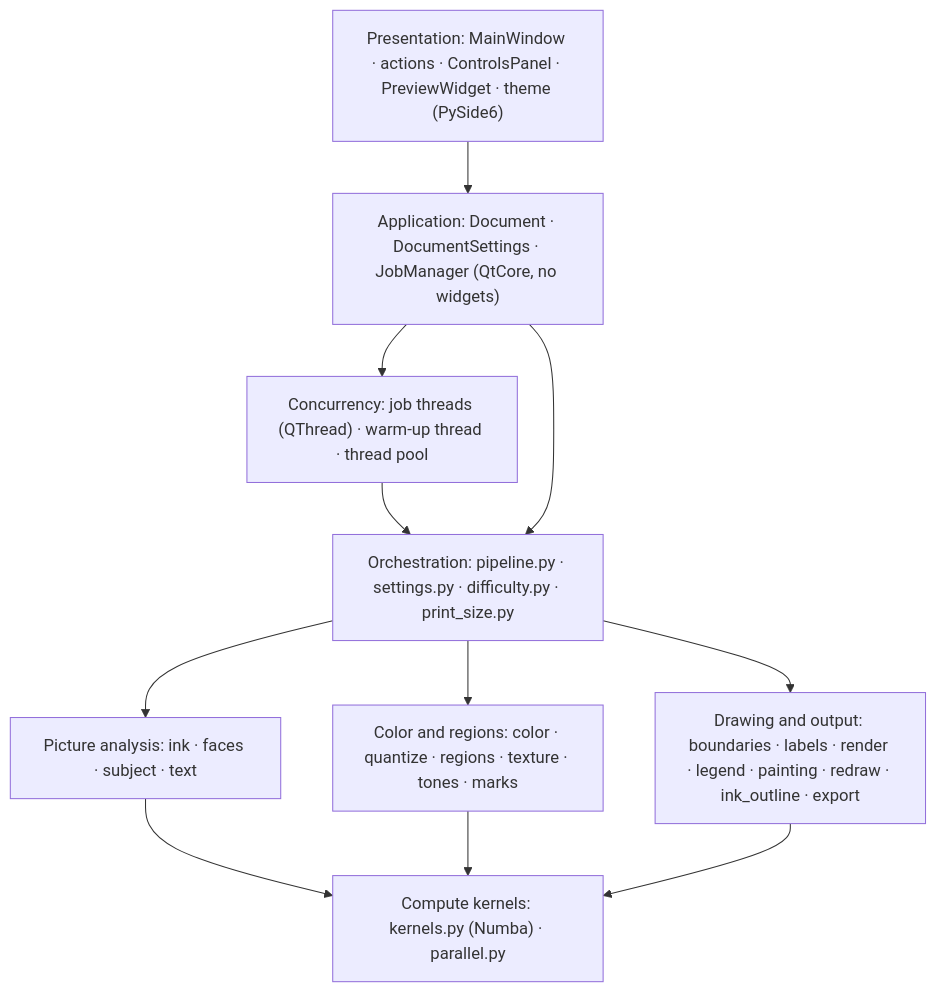
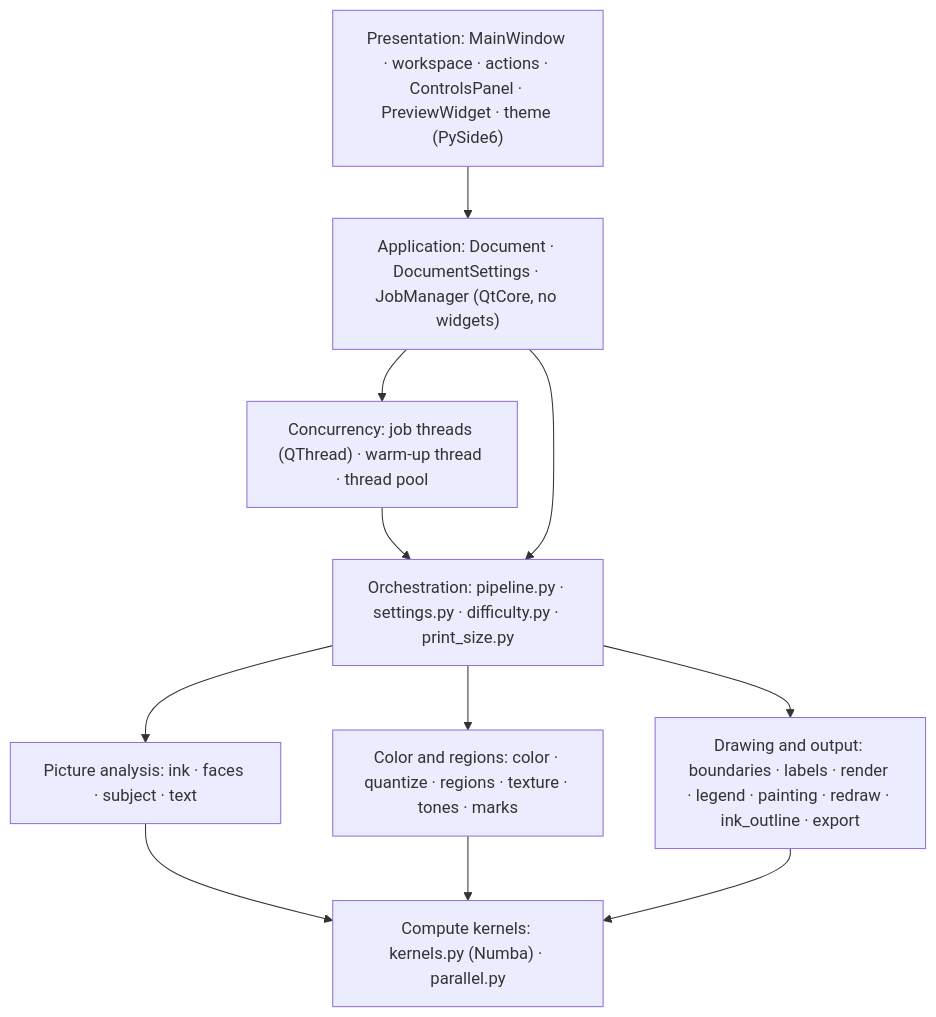
One commit to maximshilo/tessellatum changed the diagram in wiki/Architecture.md. Above: the diagram before and after it, drawn with Mermaid. The commit also changed other lines of this file and 15 other files, not shown here.

````diff
--- a/wiki/Architecture.md
+++ b/wiki/Architecture.md
@@ -5,16 +5,16 @@
 ```mermaid
 flowchart TB
-    GUI["Presentation: MainWindow · actions · ControlsPanel · PreviewWidget · theme (PySide6)"]
+    GUI["Presentation: MainWindow · workspace · actions · ControlsPanel · PreviewWidget · theme (PySide6)"]
     APP["Application: Document · DocumentSettings · JobManager (QtCore, no widgets)"]
     W["Concurrency: job threads (QThread) · warm-up thread · thread pool"]
     O["Orchestration: pipeline.py · settings.py · difficulty.py · print_size.py"]
     AN["Picture analysis: ink · faces · subject · text"]
     RG["Color and regions: color · quantize · regions · texture · tones · marks"]
     DR["Drawing and output: boundaries · labels · render · legend · painting · redraw · ink_outline · export"]
     K["Compute kernels: kernels.py (Numba) · parallel.py"]
     GUI --> APP
     APP --> W --> O
     APP --> O
     O --> AN & RG & DR
     AN & RG & DR --> K
 ```
````
